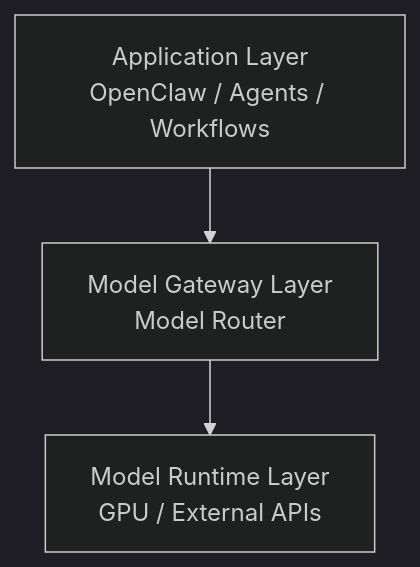
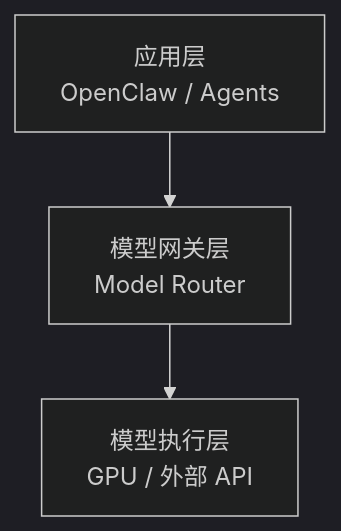
The first of 2 diagrams in README.md (wss020/openclaw_llm_infra), drawn with Mermaid (dark theme) before and after one commit. The commit also changed other lines of this file, not shown here.

First line of the commit message:
Revise README for architecture and design updates

````diff
--- a/README.md
+++ b/README.md
@@ -17,9 +17,9 @@
 ```mermaid
 flowchart TD
-    A[Application Layer<br/>OpenClaw / Agents / Workflows]
-    B[Model Gateway Layer<br/>Model Router]
-    C[Model Runtime Layer<br/>GPU / External APIs]
+    A[应用层<br/>OpenClaw / Agents]
+    B[模型网关层<br/>Model Router]
+    C[模型执行层<br/>GPU / 外部 API]
 
     A --> B
     B --> C
 ```
````
